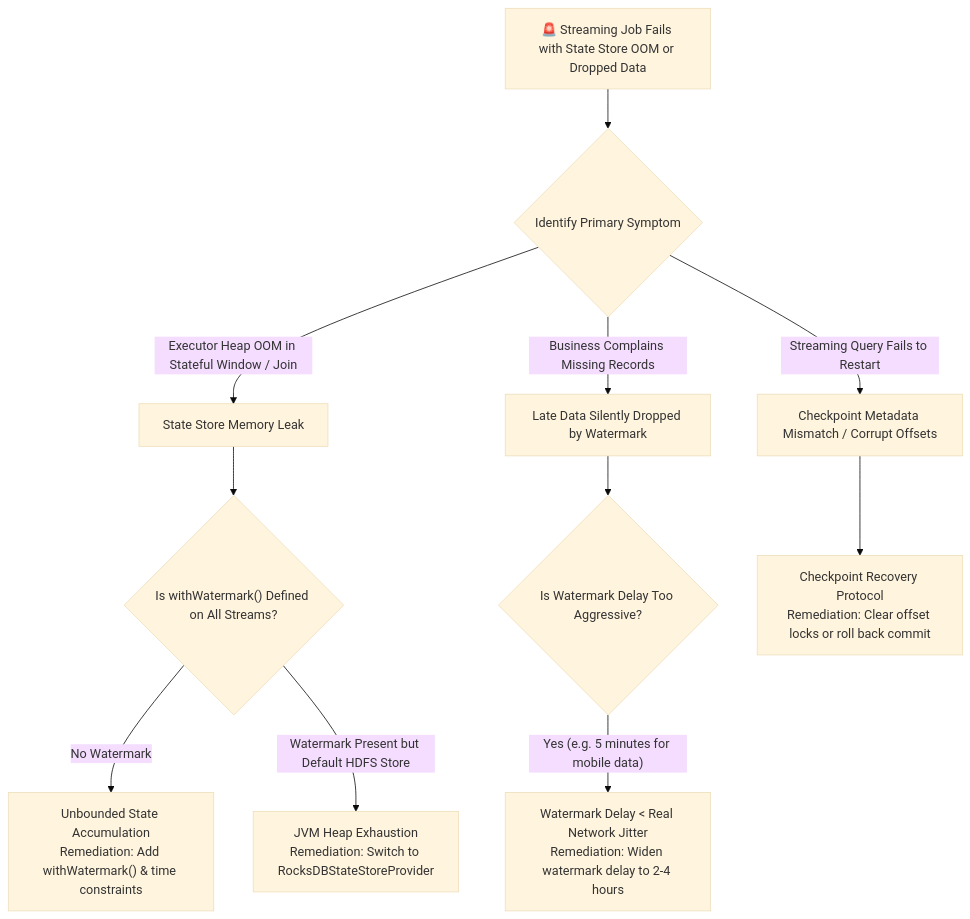
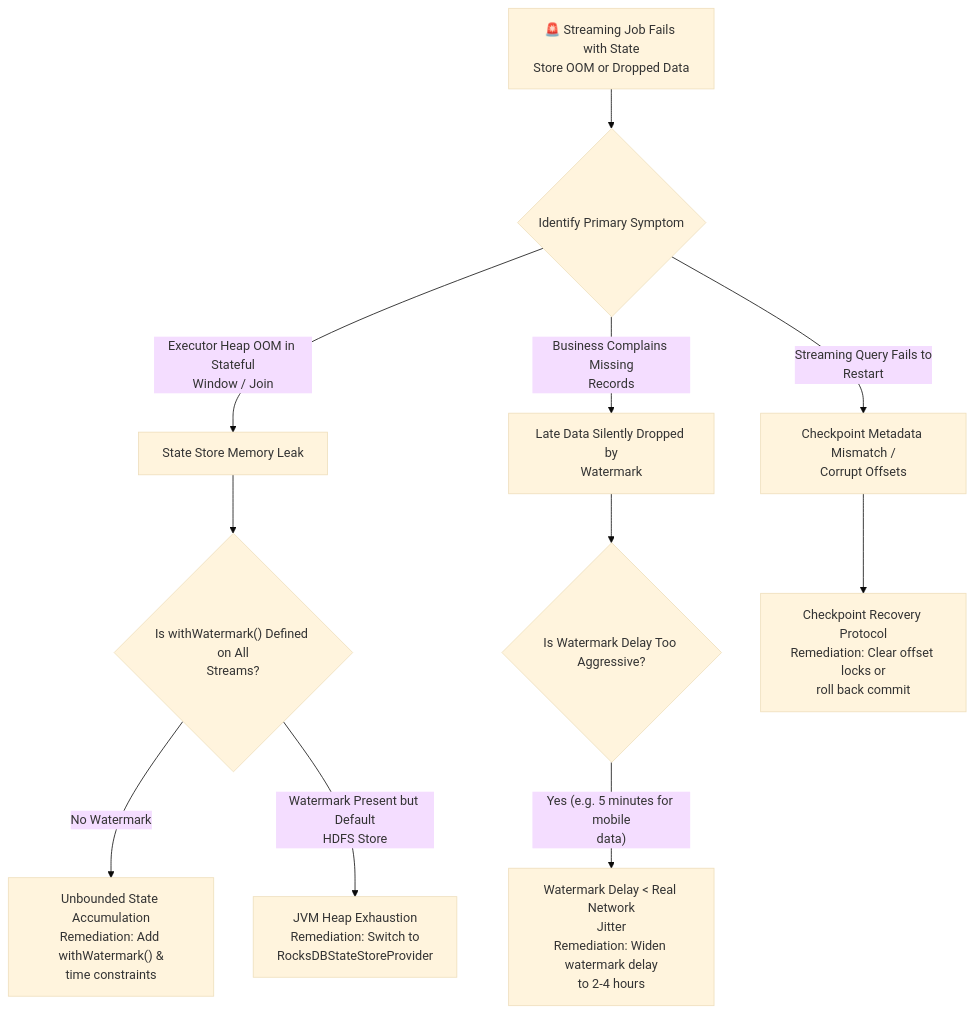
The diagram in runbooks/04_streaming_state_store_and_watermark_drops.md (santoshjammi29/pyspark-handbook), drawn with Mermaid (base theme) before and after one commit. The commit also changed 14 other files, not shown here.

Commit message:
fix(diagrams): word-wrap labels and escape comparison operators across all diagrams

````diff
--- a/runbooks/04_streaming_state_store_and_watermark_drops.md
+++ b/runbooks/04_streaming_state_store_and_watermark_drops.md
@@ -11,17 +11,17 @@
 ```mermaid
 flowchart TD
-    StreamingAlert["🚨 Streaming Job Fails with State Store OOM or Dropped Data"] --> TriageCategory{"Identify Primary Symptom"}
+    StreamingAlert["🚨 Streaming Job Fails with State<br/>Store OOM or Dropped Data"] --> TriageCategory{"Identify Primary Symptom"}
 
-    TriageCategory -->|"Executor Heap OOM in Stateful Window / Join"| StateLeak["State Store Memory Leak"]
-    TriageCategory -->|"Business Complains Missing Records"| LateDrop["Late Data Silently Dropped by Watermark"]
-    TriageCategory -->|"Streaming Query Fails to Restart"| CheckpointCorrupt["Checkpoint Metadata Mismatch / Corrupt Offsets"]
+    TriageCategory -->|"Executor Heap OOM in Stateful<br/>Window / Join"| StateLeak["State Store Memory Leak"]
+    TriageCategory -->|"Business Complains Missing<br/>Records"| LateDrop["Late Data Silently Dropped by<br/>Watermark"]
+    TriageCategory -->|"Streaming Query Fails to<br/>Restart"| CheckpointCorrupt["Checkpoint Metadata Mismatch /<br/>Corrupt Offsets"]
 
-    StateLeak --> CheckWatermarkConfig{"Is withWatermark() Defined on All Streams?"}
-    CheckWatermarkConfig -->|"No Watermark"| FixAddWatermark["Unbounded State Accumulation<br/>Remediation: Add withWatermark() & time constraints"]
-    CheckWatermarkConfig -->|"Watermark Present but Default HDFS Store"| FixSwitchRocksDB["JVM Heap Exhaustion<br/>Remediation: Switch to RocksDBStateStoreProvider"]
+    StateLeak --> CheckWatermarkConfig{"Is withWatermark() Defined on All<br/>Streams?"}
+    CheckWatermarkConfig -->|"No Watermark"| FixAddWatermark["Unbounded State Accumulation<br/>Remediation: Add withWatermark() &<br/>time constraints"]
+    CheckWatermarkConfig -->|"Watermark Present but Default<br/>HDFS Store"| FixSwitchRocksDB["JVM Heap Exhaustion<br/>Remediation: Switch to<br/>RocksDBStateStoreProvider"]
 
     LateDrop --> CheckWatermarkDelay{"Is Watermark Delay Too Aggressive?"}
-    CheckWatermarkDelay -->|"Yes (e.g. 5 minutes for mobile data)"| FixWidenWatermark["Watermark Delay < Real Network Jitter<br/>Remediation: Widen watermark delay to 2-4 hours"]
+    CheckWatermarkDelay -->|"Yes (e.g. 5 minutes for mobile<br/>data)"| FixWidenWatermark["Watermark Delay &lt; Real Network<br/>Jitter<br/>Remediation: Widen watermark delay<br/>to 2-4 hours"]
 
-    CheckpointCorrupt --> CheckpointRecovery["Checkpoint Recovery Protocol<br/>Remediation: Clear offset locks or roll back commit"]
+    CheckpointCorrupt --> CheckpointRecovery["Checkpoint Recovery Protocol<br/>Remediation: Clear offset locks or<br/>roll back commit"]
 ```
````
